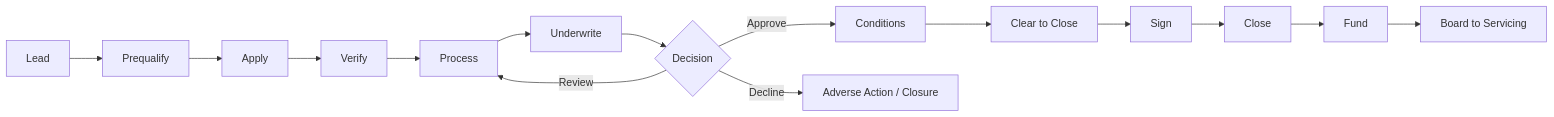
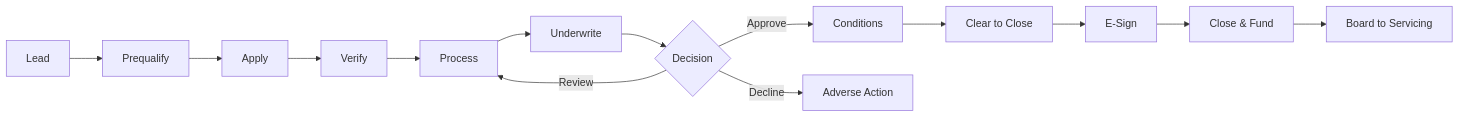
Before and after one commit to ishandutta2007/Awesome-Mortgage-Origination: the third of 3 diagrams in README.md, drawn with Mermaid. The commit also changed other lines of this file and 1 other file, not shown here.

````diff
--- a/README.md
+++ b/README.md
@@ -942,43 +446,16 @@
 ```mermaid id="mtglife03"
-
 flowchart LR
-
     A[Lead] --> B[Prequalify]
-
     B --> C[Apply]
-
     C --> D[Verify]
-
-
-
     D --> E[Process]
-
     E --> F[Underwrite]
-
-
-
     F --> G{Decision}
-
-
-
     G -->|Approve| H[Conditions]
-
-    G -->|Decline| I[Adverse Action / Closure]
-
+    G -->|Decline| I[Adverse Action]
     G -->|Review| E
-
-
-
     H --> J[Clear to Close]
-
-    J --> K[Sign]
-
-    K --> L[Close]
-
-
-
-    L --> M[Fund]
-
-    M --> N[Board to Servicing]
-
+    J --> K[E-Sign]
+    K --> L[Close & Fund]
+    L --> M[Board to Servicing]
 ```
````
